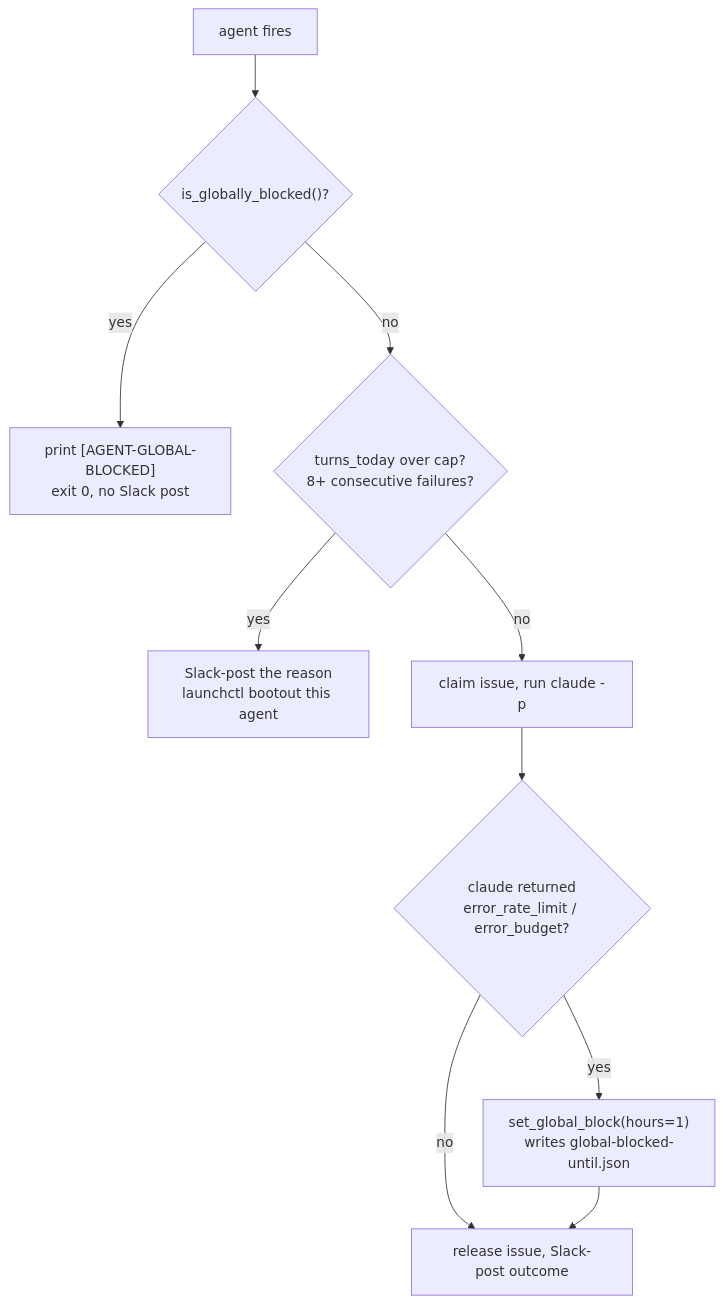
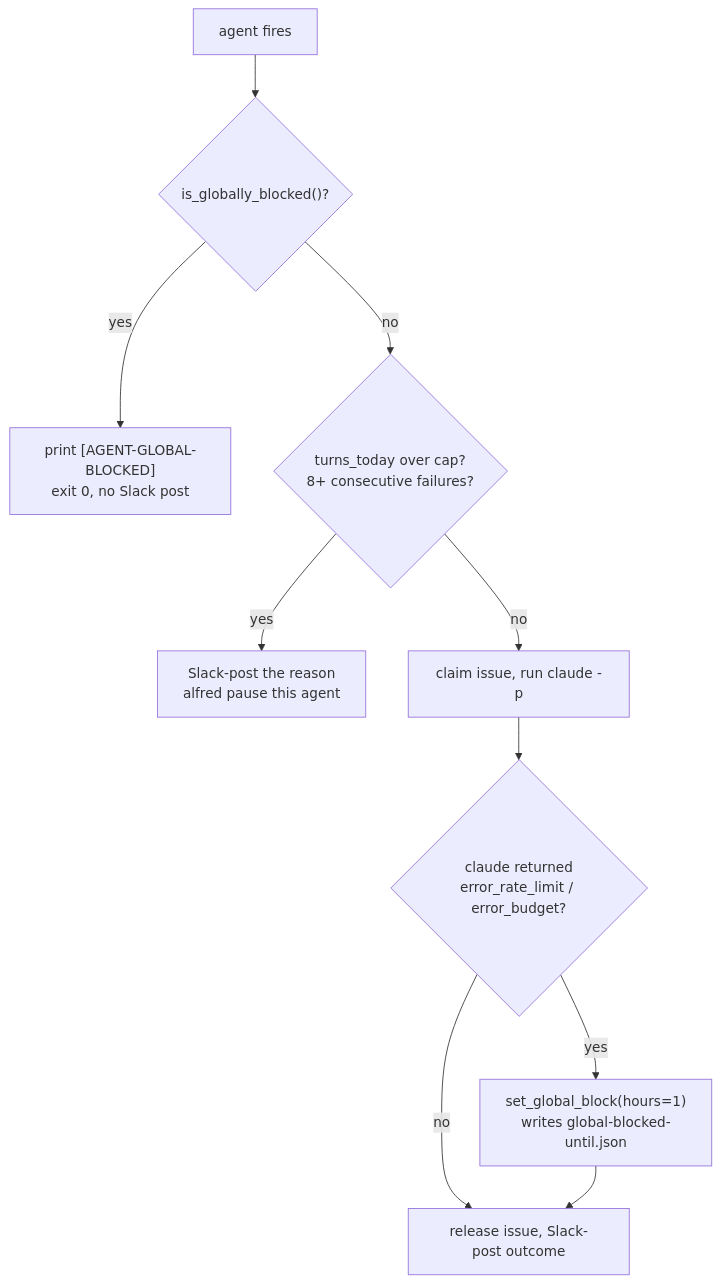
One commit to luminik-io/alfred changed the fourth of 4 diagrams in site/src/content/docs/concepts/architecture.md. Above: the diagram before and after it, drawn with Mermaid. The commit also changed other lines of this file and 175 other files, not shown here.

````diff
--- a/site/src/content/docs/concepts/architecture.md
+++ b/site/src/content/docs/concepts/architecture.md
@@ -131,22 +140,22 @@
 ```mermaid
 flowchart TB
     fire["agent fires"]
     gblock{"is_globally_blocked()?"}
     skip["print [AGENT-GLOBAL-BLOCKED]<br/>exit 0, no Slack post"]
     cap{"turns_today over cap?<br/>8+ consecutive failures?"}
-    pause["Slack-post the reason<br/>launchctl bootout this agent"]
+    pause["Slack-post the reason<br/>alfred pause this agent"]
     work["claim issue, run claude -p"]
     rl{"claude returned<br/>error_rate_limit / error_budget?"}
     setblock["set_global_block(hours=1)<br/>writes global-blocked-until.json"]
     done["release issue, Slack-post outcome"]
 
     fire --> gblock
     gblock -- yes --> skip
     gblock -- no --> cap
     cap -- yes --> pause
     cap -- no --> work
     work --> rl
     rl -- yes --> setblock
     rl -- no --> done
     setblock --> done
 ```
````
